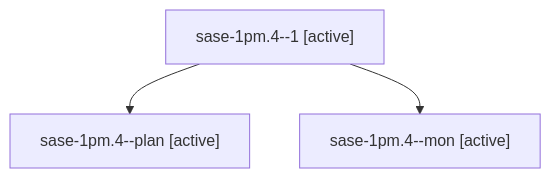
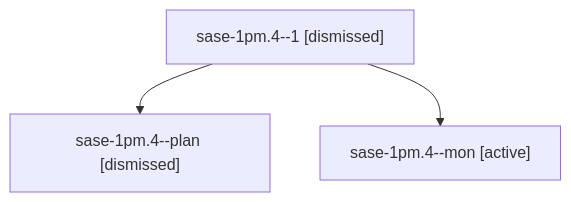
One commit to sase-org/sase--agents changed the diagram in sessions/bbugyi200.athena.sase-1pm.4.md. Above: the diagram before and after it, drawn with Mermaid. The commit also changed other lines of this file and 258 other files, not shown here.

````diff
--- a/sessions/bbugyi200.athena.sase-1pm.4.md
+++ b/sessions/bbugyi200.athena.sase-1pm.4.md
@@ -9,8 +9,8 @@
 ```mermaid
 flowchart TD
-  n0["sase-1pm.4--1 [active]"]
-  n1["sase-1pm.4--plan [active]"]
+  n0["sase-1pm.4--1 [dismissed]"]
+  n1["sase-1pm.4--plan [dismissed]"]
   n0 --> n1
   n2["sase-1pm.4--mon [active]"]
   n0 --> n2
 ```
````
